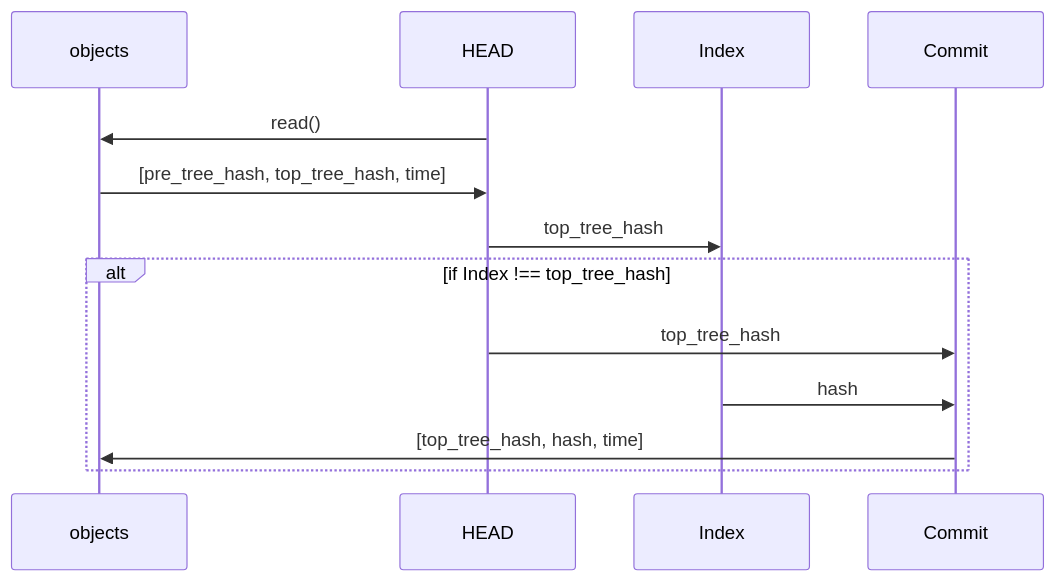
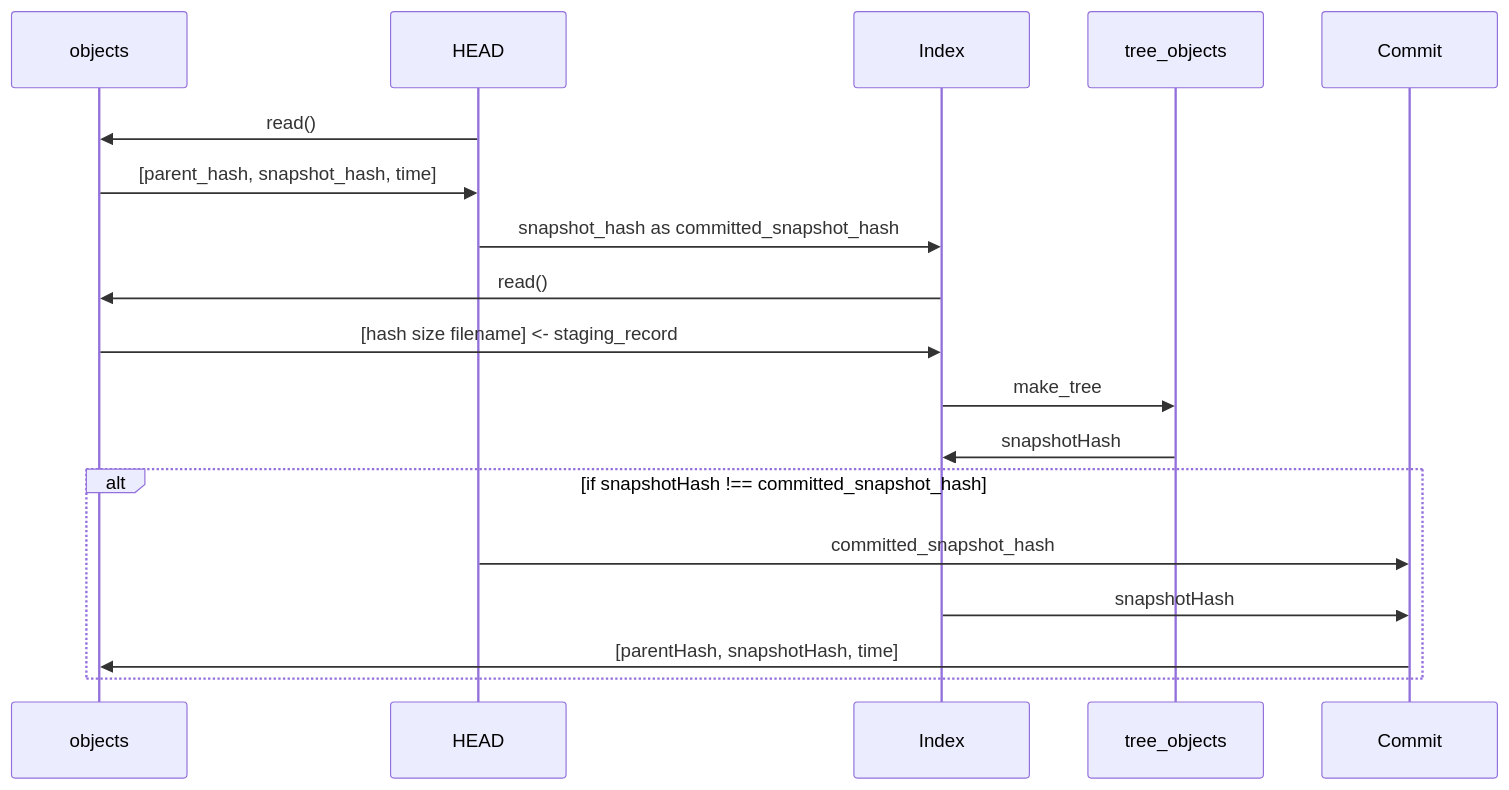
One commit to NarciSource/Boostcamp-Challenge changed the third of 6 diagrams in README.md. Above: the diagram before and after it, drawn with Mermaid. The commit also changed 5 other files, not shown here.

````diff
--- a/README.md
+++ b/README.md
@@ -168,17 +168,23 @@
     ```mermaid
     sequenceDiagram
         participant objects
         participant HEAD
         participant Index
+        participant tree_objects
         participant Commit
 
         HEAD->>objects: read()
-        objects->>HEAD: [pre_tree_hash, top_tree_hash, time]
-        HEAD->>Index: top_tree_hash
+        objects->>HEAD: [parent_hash, snapshot_hash, time]
+        HEAD->>Index: snapshot_hash as committed_snapshot_hash
 
-        alt if Index !== top_tree_hash
-            HEAD->>Commit: top_tree_hash
-            Index->>Commit: hash
-            Commit->>objects: [top_tree_hash, hash, time]
+        Index->>objects: read()
+        objects->>Index: [hash size filename] <- staging_record
+        Index->>tree_objects: make_tree
+        tree_objects->>Index: snapshotHash
+
+        alt if snapshotHash !== committed_snapshot_hash
+            HEAD->>Commit: committed_snapshot_hash
+            Index->>Commit: snapshotHash
+            Commit->>objects: [parentHash, snapshotHash, time]
         end
     ```
````
